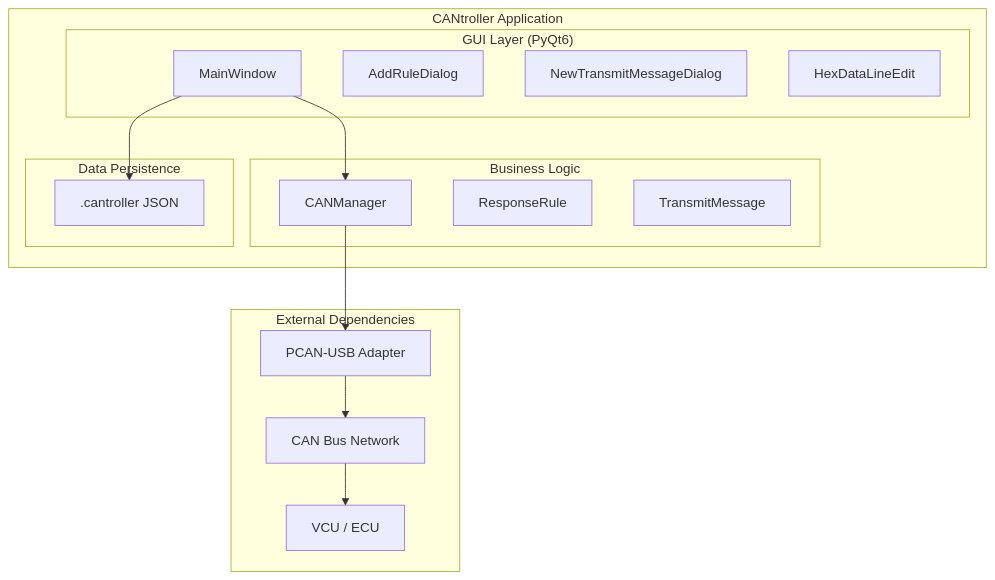
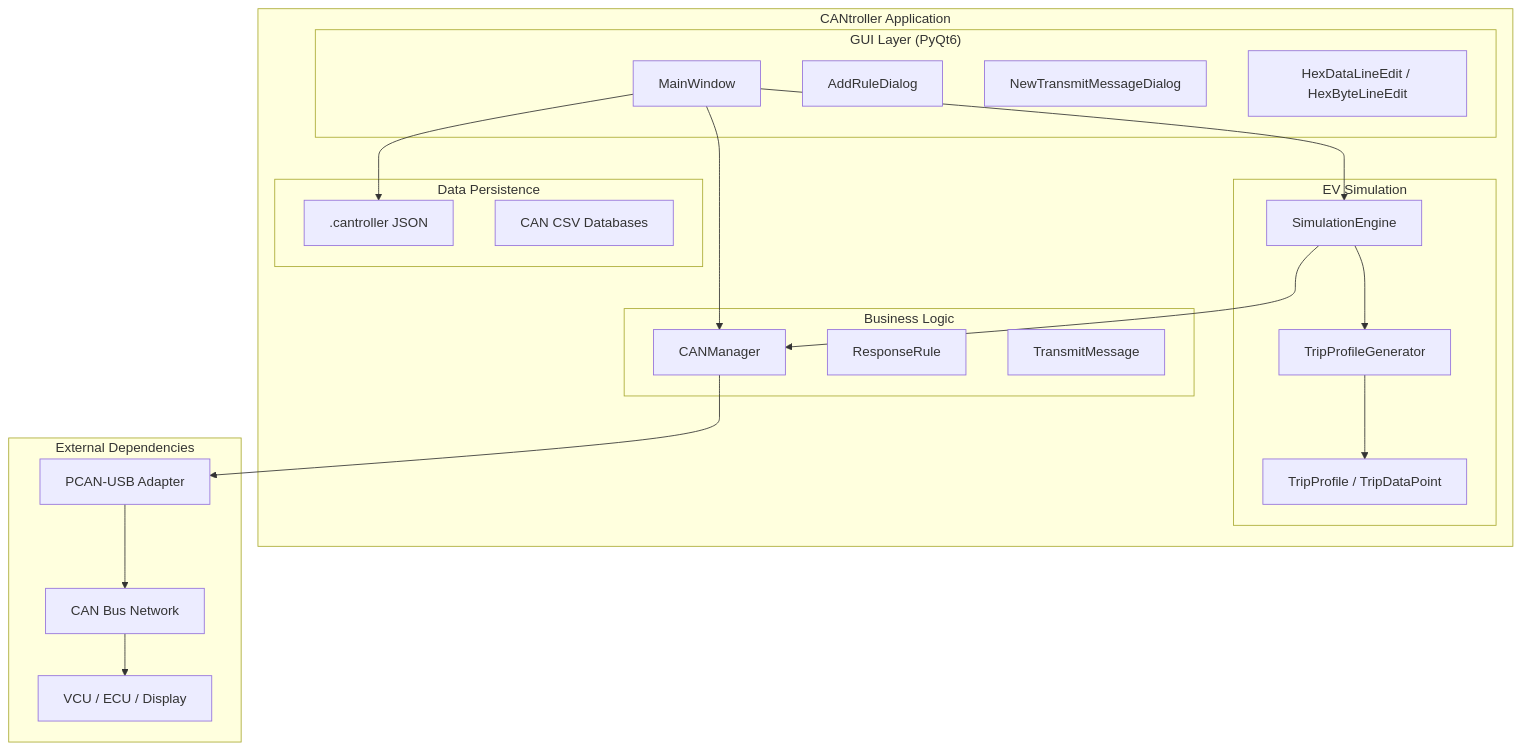
The first of 3 diagrams in docs/architecture.md (joaopef/CANtroller), drawn with Mermaid before and after one commit. The commit also changed other lines of this file and 7 other files, not shown here.

````diff
--- a/docs/architecture.md
+++ b/docs/architecture.md
@@ -5,33 +5,44 @@
 ```mermaid
 flowchart TB
     subgraph Application["CANtroller Application"]
         subgraph GUI["GUI Layer (PyQt6)"]
             MW[MainWindow]
             RD[AddRuleDialog]
             TD[NewTransmitMessageDialog]
-            HEX[HexDataLineEdit]
+            HEX[HexDataLineEdit / HexByteLineEdit]
         end
         
         subgraph Logic["Business Logic"]
             CM[CANManager]
             RR[ResponseRule]
             TM[TransmitMessage]
         end
         
+        subgraph Simulation["EV Simulation"]
+            SE[SimulationEngine]
+            TPG[TripProfileGenerator]
+            TP[TripProfile / TripDataPoint]
+        end
+        
         subgraph Persistence["Data Persistence"]
             JSON[".cantroller JSON"]
+            CSV["CAN CSV Databases"]
         end
     end
     
     subgraph External["External Dependencies"]
         PCAN[PCAN-USB Adapter]
         CAN[CAN Bus Network]
-        VCU[VCU / ECU]
+        VCU[VCU / ECU / Display]
     end
     
     MW --> CM
+    MW --> SE
     MW --> JSON
+    SE --> CM
+    SE --> TPG
+    TPG --> TP
     CM --> PCAN
     PCAN --> CAN
     CAN --> VCU
 ```
````
